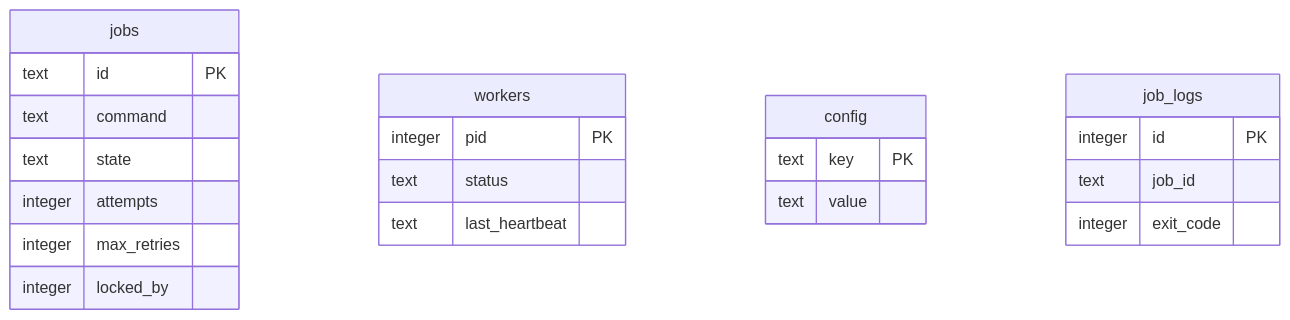
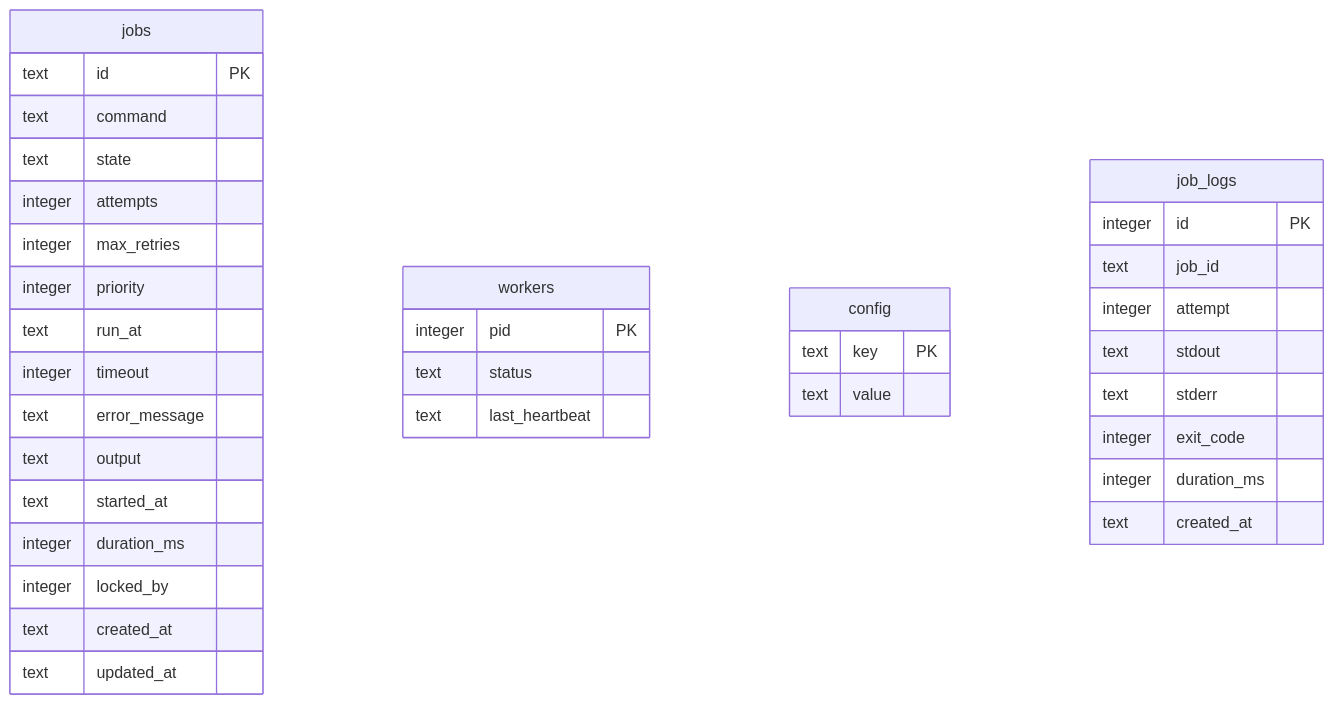
Before and after one commit to bhumika-mishra-26/QueueCTL: the second of 2 diagrams in README.md, drawn with Mermaid. The commit also changed other lines of this file, not shown here.

````diff
--- a/README.md
+++ b/README.md
@@ -170,17 +189,39 @@
 ```mermaid
 erDiagram
-    jobs { text id PK
+    jobs {
+        text id PK
         text command
         text state
         integer attempts
         integer max_retries
-        integer locked_by }
-    workers { integer pid PK
+        integer priority
+        text run_at
+        integer timeout
+        text error_message
+        text output
+        text started_at
+        integer duration_ms
+        integer locked_by
+        text created_at
+        text updated_at
+    }
+    workers {
+        integer pid PK
         text status
-        text last_heartbeat }
-    config { text key PK
-        text value }
-    job_logs { integer id PK
+        text last_heartbeat
+    }
+    config {
+        text key PK
+        text value
+    }
+    job_logs {
+        integer id PK
         text job_id
-        integer exit_code }
+        integer attempt
+        text stdout
+        text stderr
+        integer exit_code
+        integer duration_ms
+        text created_at
+    }
 ```
````
